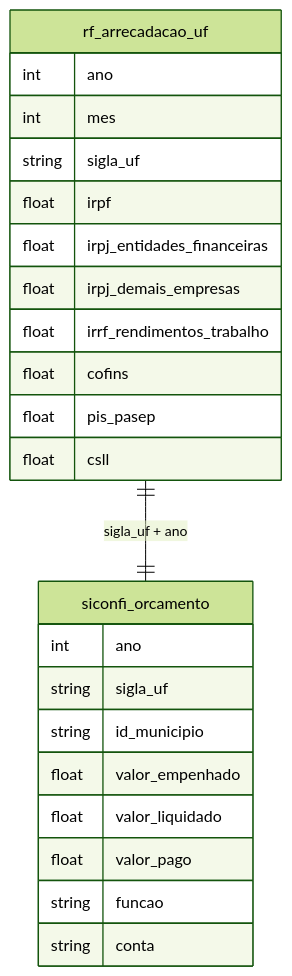
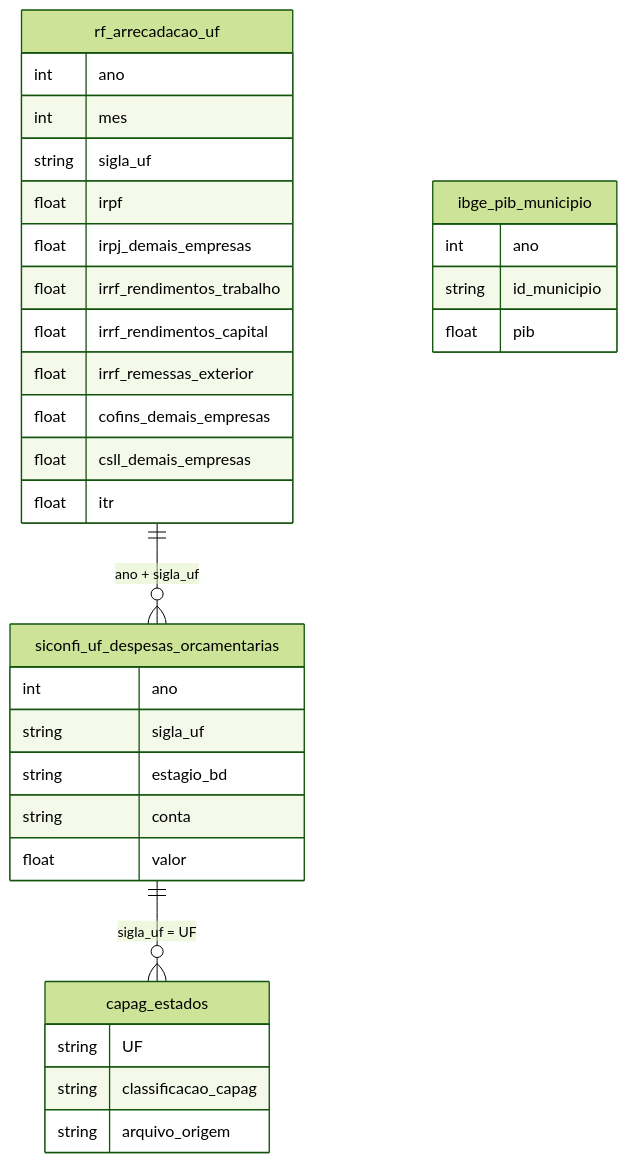
One commit to rafapolo/rodado changed the diagram in docs/mapa/overview/16_economia_politica.md. Above: the diagram before and after it, drawn with Mermaid (forest theme). The commit also changed other lines of this file and 135 other files, not shown here.

````diff
--- a/docs/mapa/overview/16_economia_politica.md
+++ b/docs/mapa/overview/16_economia_politica.md
@@ -2,26 +2,35 @@
 ```mermaid
 erDiagram
     rf_arrecadacao_uf {
         int ano
         int mes
         string sigla_uf
         float irpf
-        float irpj_entidades_financeiras
         float irpj_demais_empresas
         float irrf_rendimentos_trabalho
-        float cofins
-        float pis_pasep
-        float csll
+        float irrf_rendimentos_capital
+        float irrf_remessas_exterior
+        float cofins_demais_empresas
+        float csll_demais_empresas
+        float itr
     }
-    siconfi_orcamento {
+    siconfi_uf_despesas_orcamentarias {
         int ano
         string sigla_uf
+        string estagio_bd
+        string conta
+        float valor
+    }
+    capag_estados {
+        string UF
+        string classificacao_capag
+        string arquivo_origem
+    }
+    ibge_pib_municipio {
+        int ano
         string id_municipio
-        float valor_empenhado
-        float valor_liquidado
-        float valor_pago
-        string funcao
-        string conta
+        float pib
     }
-    rf_arrecadacao_uf ||--|| siconfi_orcamento : "sigla_uf + ano"
+    rf_arrecadacao_uf ||--o{ siconfi_uf_despesas_orcamentarias : "ano + sigla_uf"
+    siconfi_uf_despesas_orcamentarias ||--o{ capag_estados : "sigla_uf = UF"
 ```
````
